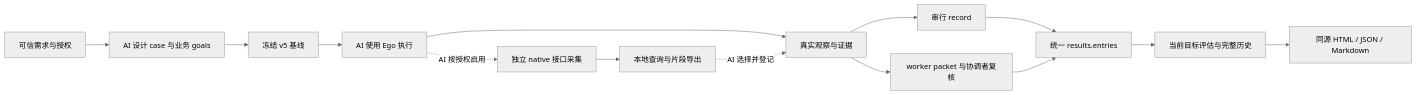
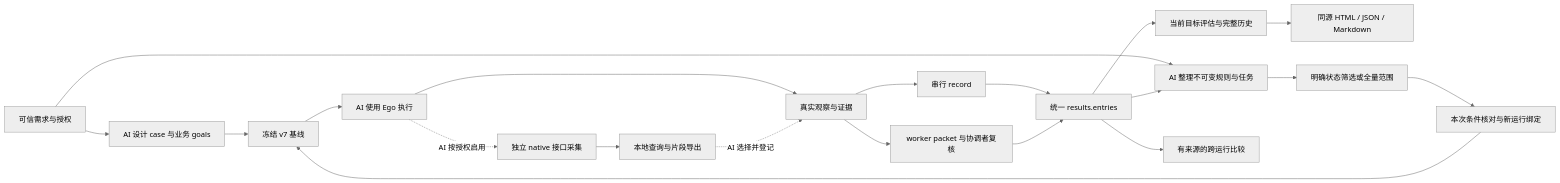
The diagram in docs/architecture.md (99Like-wjj/ai-autonomous-testing-ego-lite), drawn with Mermaid (neutral theme) before and after one commit. The commit also changed other lines of this file and 123 other files, not shown here.

````diff
--- a/docs/architecture.md
+++ b/docs/architecture.md
@@ -7,16 +7,22 @@
 ```mermaid
 flowchart LR
   R[可信需求与授权] --> C[AI 设计 case 与业务 goals]
-  C --> B[冻结 v5 基线]
+  C --> B[冻结 v7 基线]
   B --> A[AI 使用 Ego 执行]
   A --> O[真实观察与证据]
   A -. AI 按授权启用 .-> N[独立 native 接口采集]
   N --> Q[本地查询与片段导出]
   Q -. AI 选择并登记 .-> O
   O --> S[串行 record]
   O --> P[worker packet 与协调者复核]
   S --> E[统一 results.entries]
   P --> E
   E --> V[当前目标评估与完整历史]
   V --> H[同源 HTML / JSON / Markdown]
+  R --> T[AI 整理不可变规则与任务]
+  E --> T
+  T --> F[明确状态筛选或全量范围]
+  F --> U[本次条件核对与新运行绑定]
+  U --> B
+  E --> D[有来源的跨运行比较]
 ```
````
